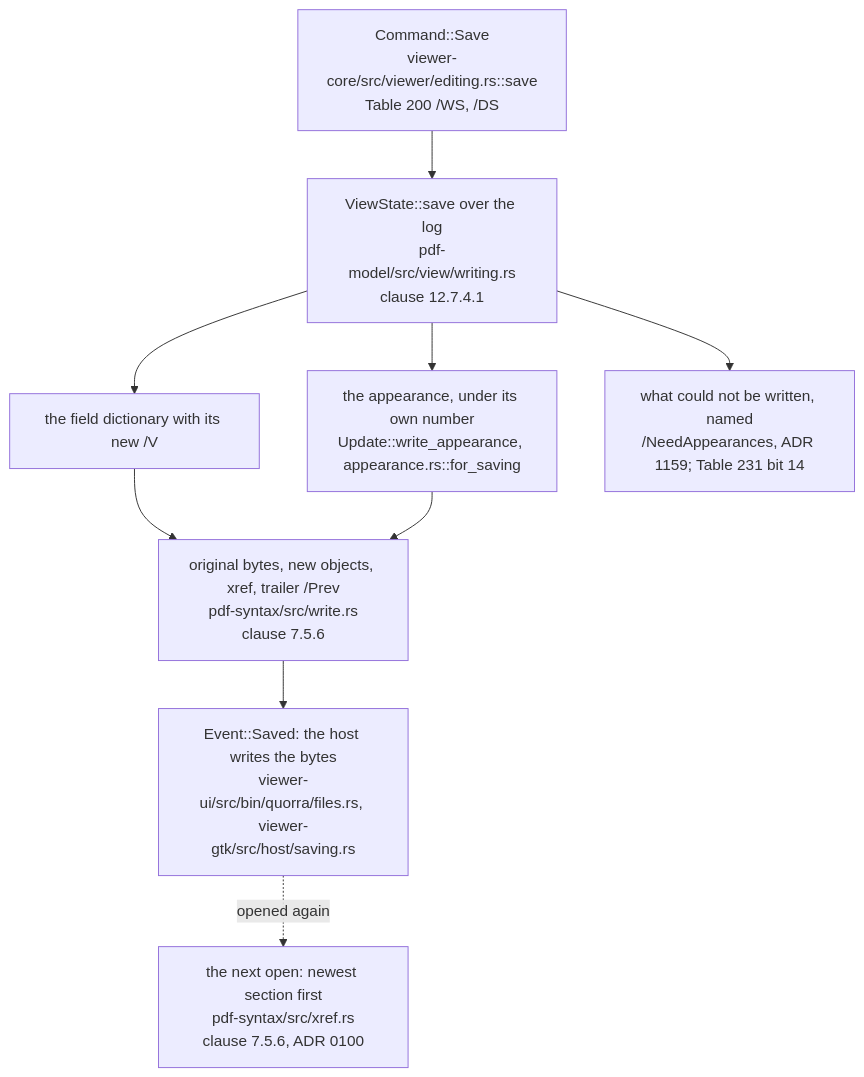
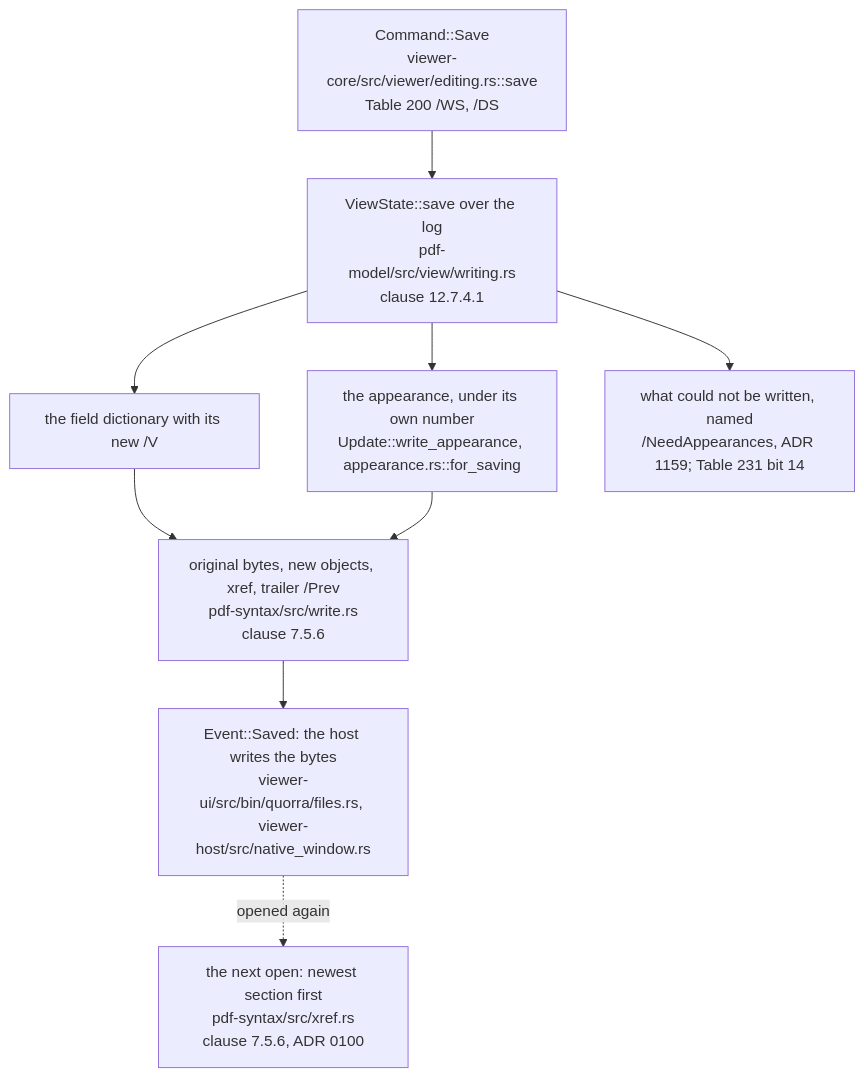
The seventh of 7 diagrams in doc/teaching/how-a-form-field-is-filled.md (close2/pdf-viewer), drawn with Mermaid before and after one commit. The commit also changed other lines of this file and 123 other files, not shown here.

````diff
--- a/doc/teaching/how-a-form-field-is-filled.md
+++ b/doc/teaching/how-a-form-field-is-filled.md
@@ -481,20 +481,20 @@
 ```mermaid
 flowchart TD
     CMD["Command::Save<br/>viewer-core/src/viewer/editing.rs::save<br/>Table 200 /WS, /DS"]
     LOGW["ViewState::save over the log<br/>pdf-model/src/view/writing.rs<br/>clause 12.7.4.1"]
     VAL["the field dictionary with its new /V"]
     AP["the appearance, under its own number<br/>Update::write_appearance, appearance.rs::for_saving"]
     OWED["what could not be written, named<br/>/NeedAppearances, ADR 1159; Table 231 bit 14"]
     INC["original bytes, new objects, xref, trailer /Prev<br/>pdf-syntax/src/write.rs<br/>clause 7.5.6"]
-    HOST["Event::Saved: the host writes the bytes<br/>viewer-ui/src/bin/quorra/files.rs, viewer-gtk/src/host/saving.rs"]
+    HOST["Event::Saved: the host writes the bytes<br/>viewer-ui/src/bin/quorra/files.rs, viewer-host/src/native_window.rs"]
     REOPEN["the next open: newest section first<br/>pdf-syntax/src/xref.rs<br/>clause 7.5.6, ADR 0100"]
 
     CMD --> LOGW
     LOGW --> VAL
     LOGW --> AP
     LOGW --> OWED
     VAL --> INC
     AP --> INC
     INC --> HOST
     HOST -.->|"opened again"| REOPEN
 ```
````
